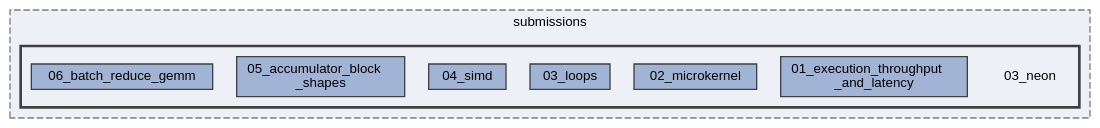
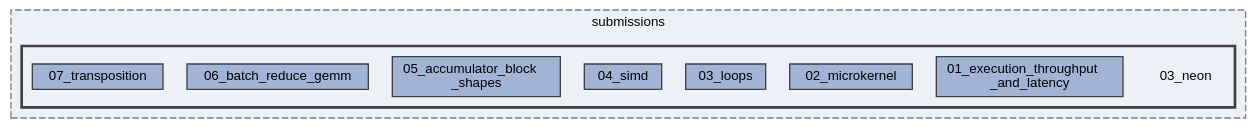
The diagram in dir_b2c563f7bf427f5a0c17c9a95cb1f2fd_dep.dot (Shad00Z/machine-learning-compilers), drawn with Graphviz before and after one commit. The commit also changed 13 other files, not shown here.

```diff
--- a/dir_b2c563f7bf427f5a0c17c9a95cb1f2fd_dep.dot
+++ b/dir_b2c563f7bf427f5a0c17c9a95cb1f2fd_dep.dot
@@ -1,21 +1,22 @@
 digraph "/home/runner/work/machine-learning-compilers/machine-learning-compilers/src/submissions/03_neon"
 {
  // LATEX_PDF_SIZE
   bgcolor="transparent";
   edge [fontname=Helvetica,fontsize=10,labelfontname=Helvetica,labelfontsize=10];
   node [fontname=Helvetica,fontsize=10,shape=box,height=0.2,width=0.4];
   compound=true
   subgraph clusterdir_89b09214c7b8767e580eb9d0667695f6 {
     graph [ bgcolor="#edf0f7", pencolor="grey50", label="submissions", fontname=Helvetica,fontsize=10 style="filled,dashed", URL="dir_89b09214c7b8767e580eb9d0667695f6.html",tooltip=""]
   subgraph clusterdir_b2c563f7bf427f5a0c17c9a95cb1f2fd {
     graph [ bgcolor="#edf0f7", pencolor="grey25", label="", fontname=Helvetica,fontsize=10 style="filled,bold", URL="dir_b2c563f7bf427f5a0c17c9a95cb1f2fd.html",tooltip=""]
     dir_b2c563f7bf427f5a0c17c9a95cb1f2fd [shape=plaintext, label="03_neon"];
   dir_db0c44b6c99babc115391fee31ffffd2 [label="01_execution_throughput\l_and_latency", fillcolor="#a2b4d6", color="grey25", style="filled", URL="dir_db0c44b6c99babc115391fee31ffffd2.html",tooltip=""];
   dir_e6eb231c0e4101fda6c4d8d8fac3babc [label="02_microkernel", fillcolor="#a2b4d6", color="grey25", style="filled", URL="dir_e6eb231c0e4101fda6c4d8d8fac3babc.html",tooltip=""];
   dir_fdaeb624d648c5eadf33e2657c6f49fc [label="03_loops", fillcolor="#a2b4d6", color="grey25", style="filled", URL="dir_fdaeb624d648c5eadf33e2657c6f49fc.html",tooltip=""];
   dir_1bbf329644173ab09491115de8dab028 [label="04_simd", fillcolor="#a2b4d6", color="grey25", style="filled", URL="dir_1bbf329644173ab09491115de8dab028.html",tooltip=""];
   dir_3574dc578a2032e7bffd7af1f5b71dbd [label="05_accumulator_block\l_shapes", fillcolor="#a2b4d6", color="grey25", style="filled", URL="dir_3574dc578a2032e7bffd7af1f5b71dbd.html",tooltip=""];
   dir_f78ac28d176dc5803113e6f9814f5964 [label="06_batch_reduce_gemm", fillcolor="#a2b4d6", color="grey25", style="filled", URL="dir_f78ac28d176dc5803113e6f9814f5964.html",tooltip=""];
+  dir_f92c61175547b9411dbb5558edf13cfd [label="07_transposition", fillcolor="#a2b4d6", color="grey25", style="filled", URL="dir_f92c61175547b9411dbb5558edf13cfd.html",tooltip=""];
   }
   }
 }
```
